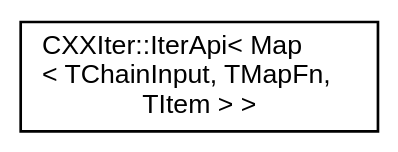
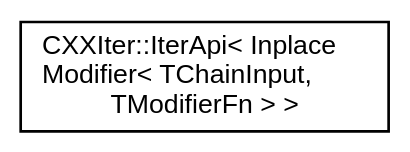
One commit to seijikun/CXXIter changed the diagram in inherit_graph_7.dot. Above: the diagram before and after it, drawn with Graphviz. The commit also changed 54 other files, not shown here.

```diff
--- a/inherit_graph_7.dot
+++ b/inherit_graph_7.dot
@@ -1,10 +1,10 @@
 digraph "Graphical Class Hierarchy"
 {
  // INTERACTIVE_SVG=YES
  // LATEX_PDF_SIZE
   bgcolor="transparent";
   edge [fontname="Helvetica",fontsize="10",labelfontname="Helvetica",labelfontsize="10"];
   node [fontname="Helvetica",fontsize="10",shape=record];
   rankdir="LR";
-  Node0 [label="CXXIter::IterApi\< Map\l\< TChainInput, TMapFn,\l TItem \> \>",height=0.2,width=0.4,color="black",URL="$classCXXIter_1_1IterApi.html",tooltip=" "];
+  Node0 [label="CXXIter::IterApi\< Inplace\lModifier\< TChainInput,\l TModifierFn \> \>",height=0.2,width=0.4,color="black",URL="$classCXXIter_1_1IterApi.html",tooltip=" "];
 }
```
